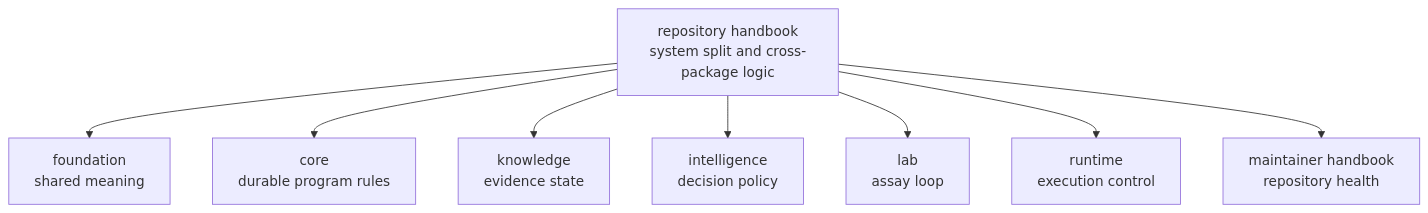
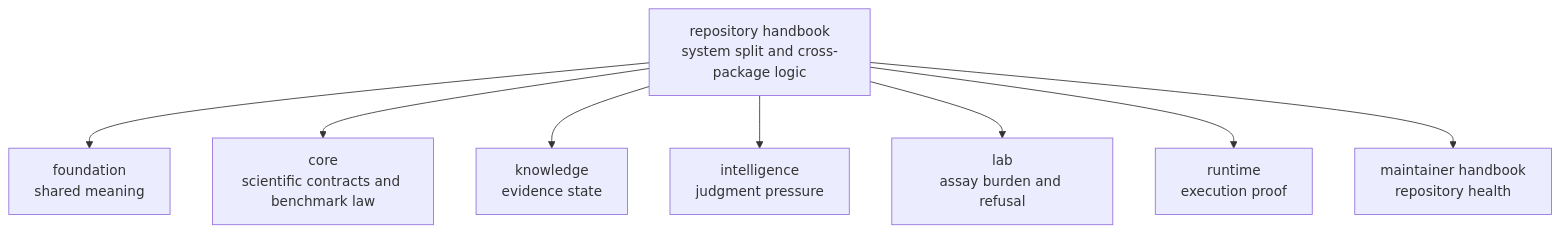
The diagram in docs/01-bijux-proteomics/index.md (bijux/bijux-proteomics), drawn with Mermaid before and after one commit. The commit also changed other lines of this file and 2 other files, not shown here.

````diff
--- a/docs/01-bijux-proteomics/index.md
+++ b/docs/01-bijux-proteomics/index.md
@@ -28,19 +25,19 @@
 ```mermaid
 flowchart TB
     root["repository handbook<br/>system split and cross-package logic"]
     foundation["foundation<br/>shared meaning"]
-    core["core<br/>durable program rules"]
+    core["core<br/>scientific contracts and benchmark law"]
     knowledge["knowledge<br/>evidence state"]
-    intelligence["intelligence<br/>decision policy"]
-    lab["lab<br/>assay loop"]
-    runtime["runtime<br/>execution control"]
+    intelligence["intelligence<br/>judgment pressure"]
+    lab["lab<br/>assay burden and refusal"]
+    runtime["runtime<br/>execution proof"]
     maintain["maintainer handbook<br/>repository health"]
 
     root --> foundation
     root --> core
     root --> knowledge
     root --> intelligence
     root --> lab
     root --> runtime
     root --> maintain
 ```
````
